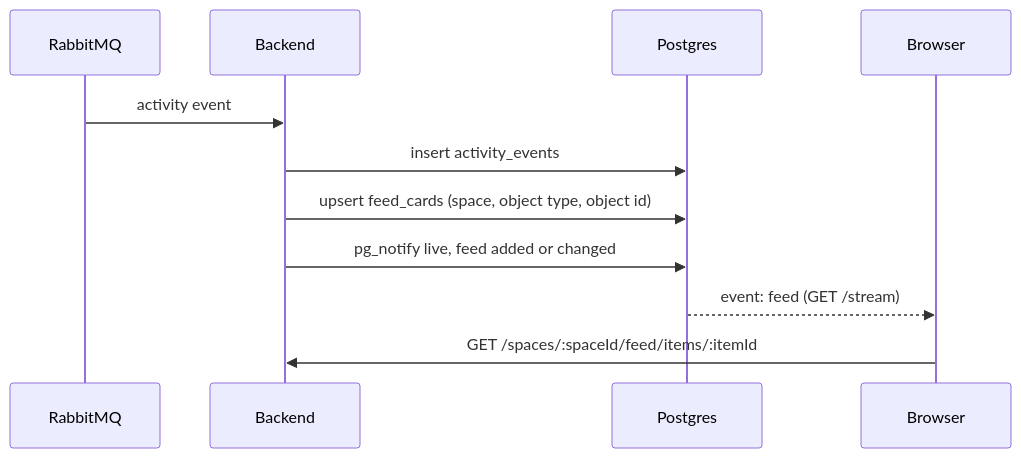
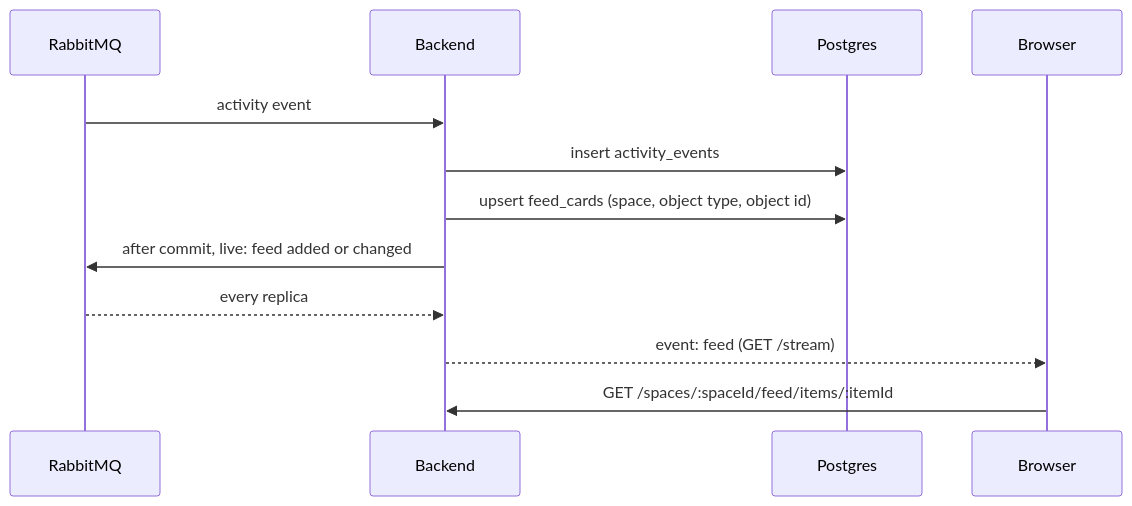
The second of 5 diagrams in docs/events.md (linagora/twake-space), drawn with Mermaid before and after one commit. The commit also changed other lines of this file and 16 other files, not shown here.

First line of the commit message:
feat(backend): send live updates over RabbitMQ instead of Postgres NOTIFY

````diff
--- a/docs/events.md
+++ b/docs/events.md
@@ -219,13 +220,14 @@
 ```mermaid
 sequenceDiagram
   participant K as RabbitMQ
   participant BE as Backend
   participant PG as Postgres
   participant FE as Browser
   K->>BE: activity event
   BE->>PG: insert activity_events
   BE->>PG: upsert feed_cards (space, object type, object id)
-  BE->>PG: pg_notify live, feed added or changed
-  PG-->>FE: event: feed (GET /stream)
+  BE->>K: after commit, live: feed added or changed
+  K-->>BE: every replica
+  BE-->>FE: event: feed (GET /stream)
   FE->>BE: GET /spaces/:spaceId/feed/items/:itemId
 ```
````
